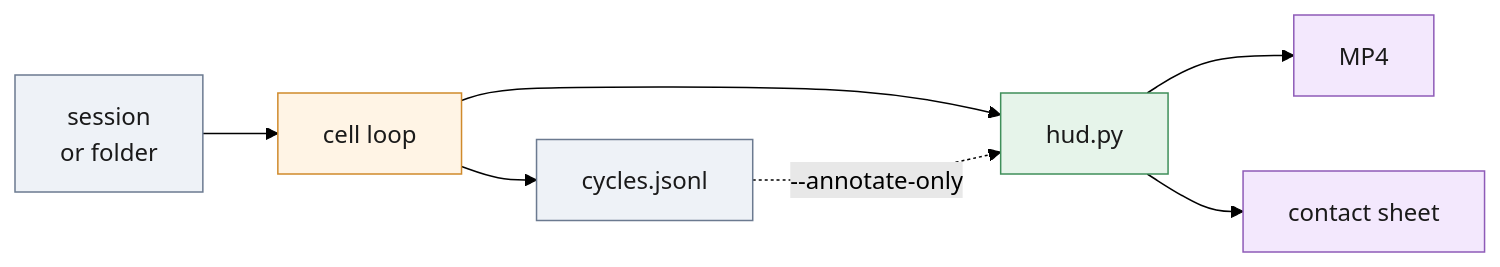
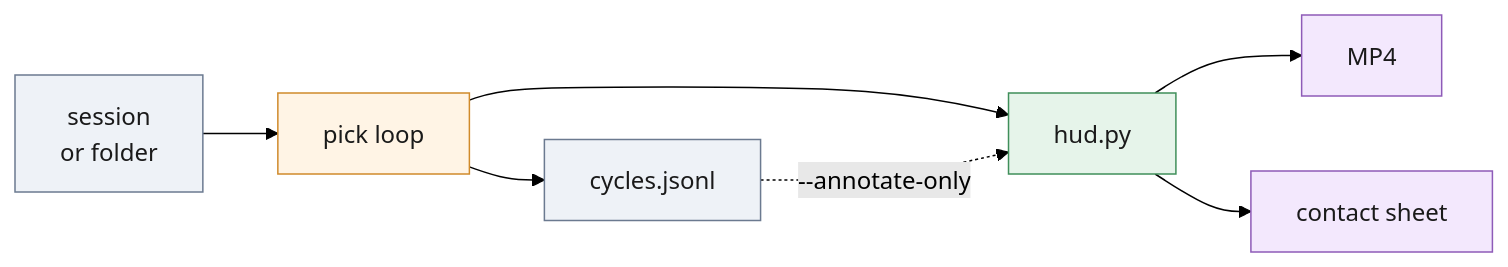
One commit to vucongboi080804/eureka-pose-estimation changed the diagram in deploy/demo/README.md. Above: the diagram before and after it, drawn with Mermaid (forest theme). The commit also changed other lines of this file and 95 other files, not shown here.

````diff
--- a/deploy/demo/README.md
+++ b/deploy/demo/README.md
@@ -5,13 +5,13 @@
 ```mermaid
 flowchart LR
-    S["session<br/>or folder"]:::data --> L[cell loop]:::check
+    S["session<br/>or folder"]:::data --> L[pick loop]:::check
     L --> H[hud.py]:::geom
     L --> J[cycles.jsonl]:::data
     J -.->|--annotate-only| H
     H --> V[MP4]:::out
     H --> C[contact sheet]:::out
     classDef data fill:#eef2f7,stroke:#6b7a90,color:#1a1a1a
     classDef geom fill:#e6f4ea,stroke:#3f8f5a,color:#1a1a1a
     classDef check fill:#fff4e5,stroke:#d08a2b,color:#1a1a1a
     classDef out fill:#f3e8fd,stroke:#8e5bb8,color:#1a1a1a
 ```
````
